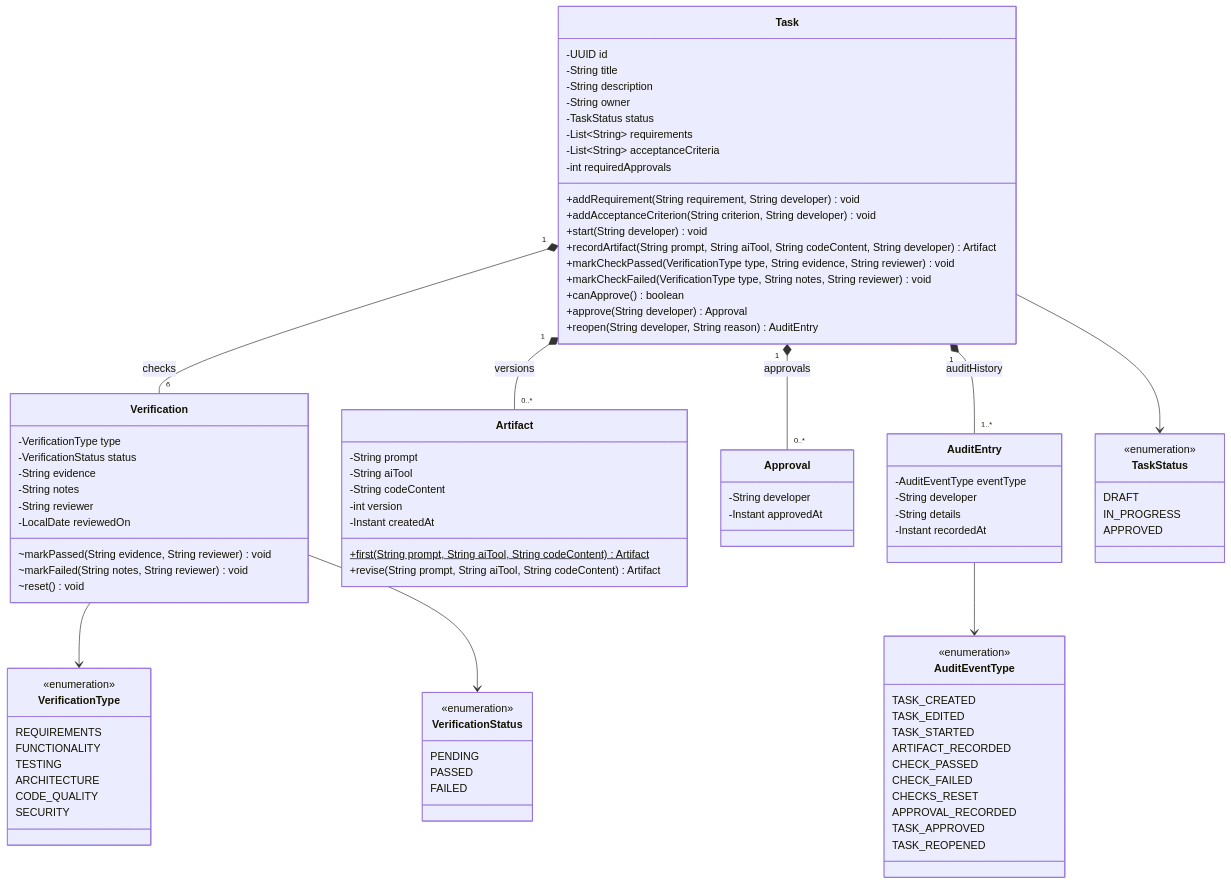
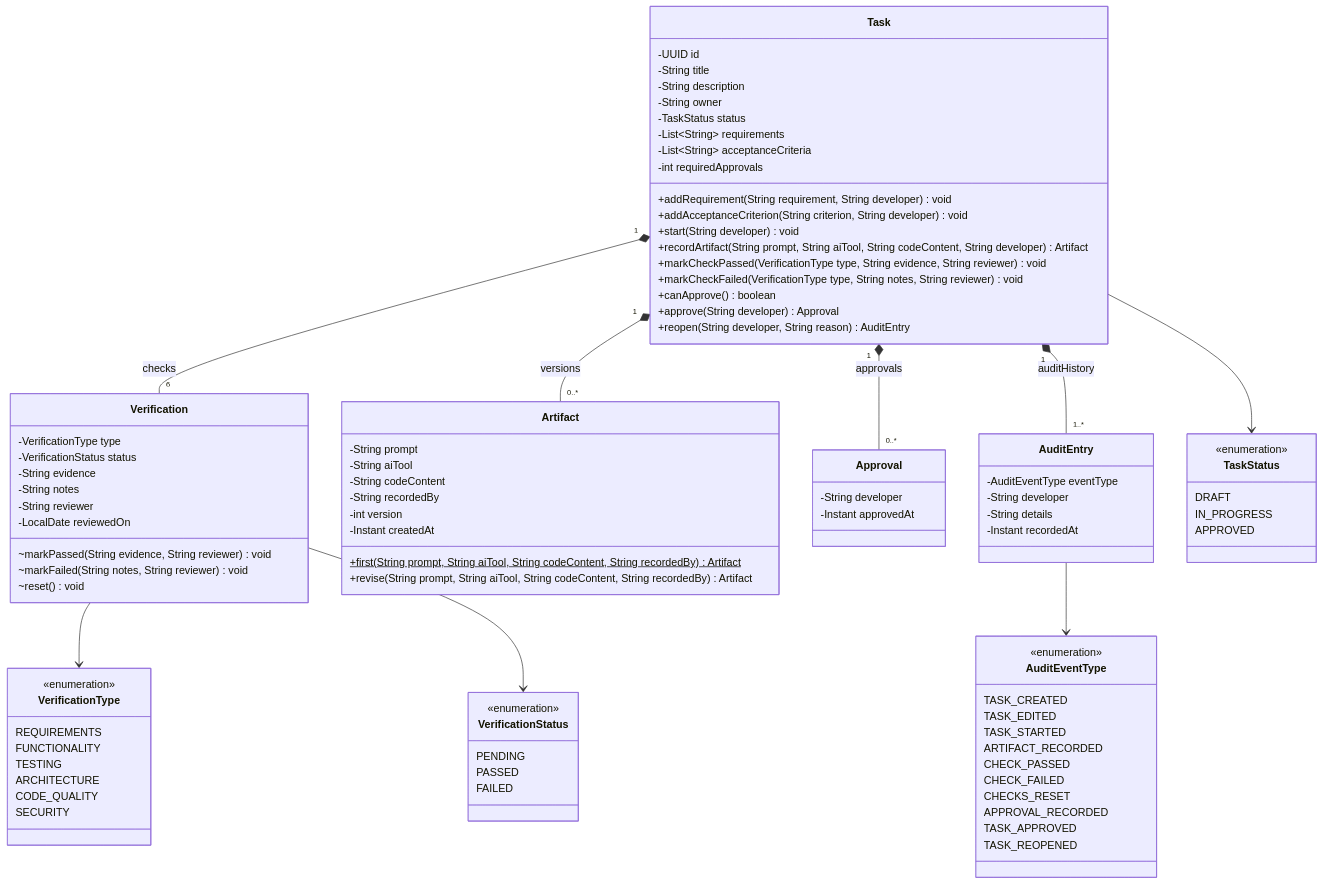
Before and after one commit to ASantana0924/cen5064-project-santana: the third of 4 diagrams in README.md, drawn with Mermaid. The commit also changed other lines of this file and 26 other files, not shown here.

```diff
--- a/README.md
+++ b/README.md
@@ -158,10 +269,11 @@
         -String prompt
         -String aiTool
         -String codeContent
+        -String recordedBy
         -int version
         -Instant createdAt
-        +first(String prompt, String aiTool, String codeContent)$ Artifact
-        +revise(String prompt, String aiTool, String codeContent) Artifact
+        +first(String prompt, String aiTool, String codeContent, String recordedBy)$ Artifact
+        +revise(String prompt, String aiTool, String codeContent, String recordedBy) Artifact
     }
 
     class Approval {
```
